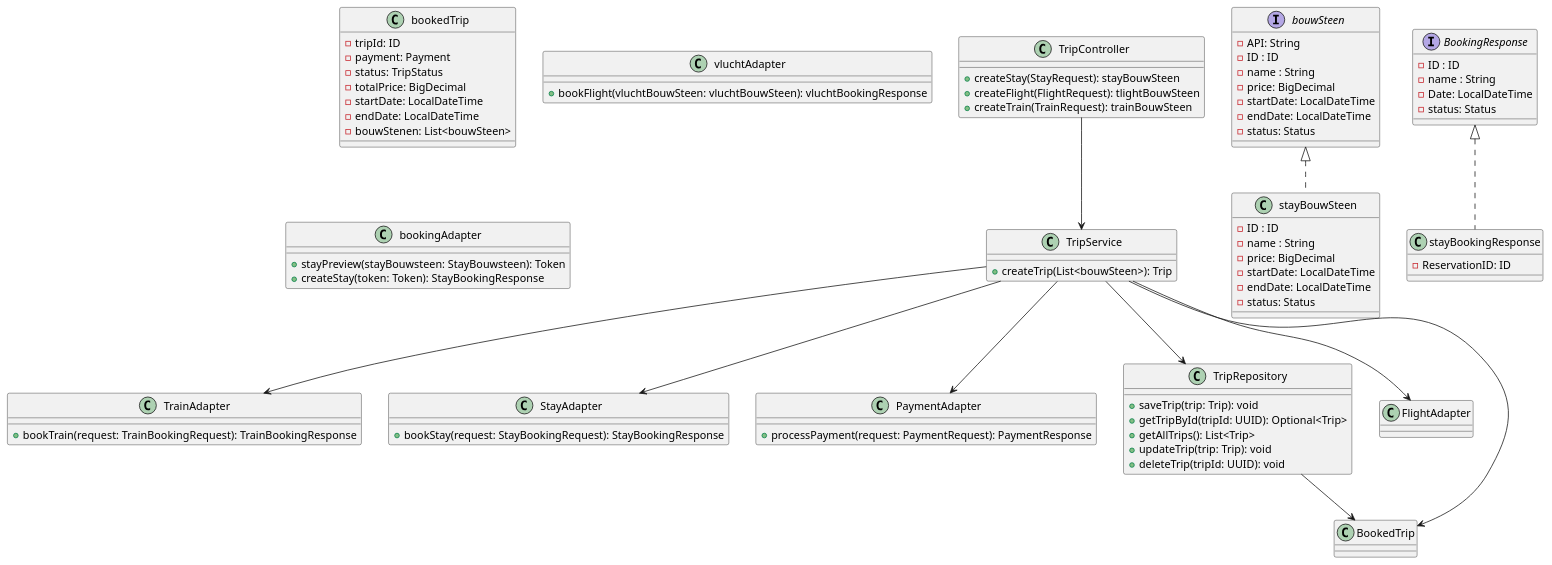
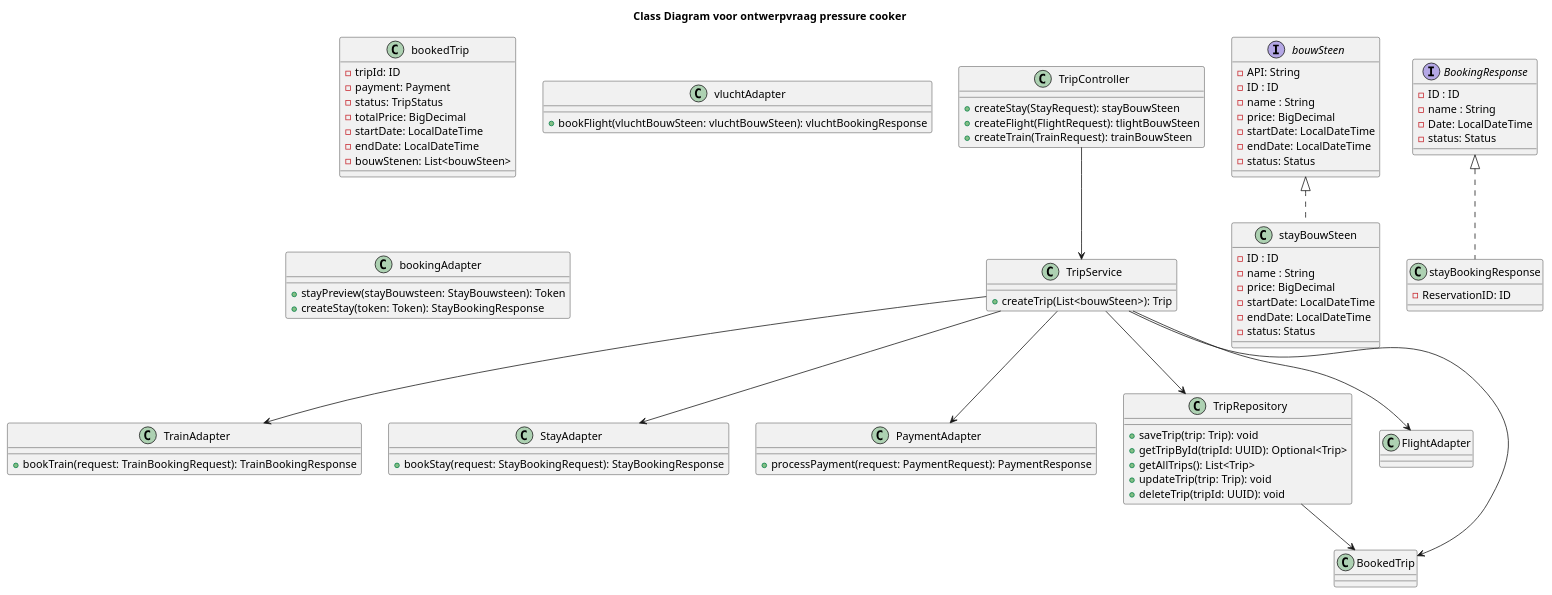
The diagram in Nouri bijdrage/ClassDiagramOnderwerpVraag.puml (AIM-ENE-feb25/triptop-livingin-s-pain-nouri-siebe-boris), drawn with PlantUML before and after one commit. The commit also changed 1 other file, not shown here.

```diff
--- a/Nouri bijdrage/ClassDiagramOnderwerpVraag.puml
+++ b/Nouri bijdrage/ClassDiagramOnderwerpVraag.puml
@@ -1,94 +1,94 @@
 @startuml
-
+title Class Diagram voor ontwerpvraag pressure cooker
 class TripController {
     +createStay(StayRequest): stayBouwSteen
     +createFlight(FlightRequest): tlightBouwSteen
     +createTrain(TrainRequest): trainBouwSteen
 }
 
 class TripService {
     +createTrip(List<bouwSteen>): Trip
 }
 
 class   bookedTrip{
     -tripId: ID
     -payment: Payment
     -status: TripStatus
     -totalPrice: BigDecimal
     -startDate: LocalDateTime
     -endDate: LocalDateTime
     -bouwStenen: List<bouwSteen>
 }
 
 class stayBouwSteen implements bouwSteen {
   -ID : ID
   -name : String
   -price: BigDecimal
   -startDate: LocalDateTime
   -endDate: LocalDateTime
   -status: Status
 }
 
 interface bouwSteen {
   -API: String
   -ID : ID
   -name : String
   -price: BigDecimal
   -startDate: LocalDateTime
   -endDate: LocalDateTime
   -status: Status
 }
 
 interface BookingResponse {
     -ID : ID
     -name : String
     -Date: LocalDateTime
     -status: Status
 }
 
 class stayBookingResponse implements BookingResponse{
    -ReservationID: ID
 }
 
 
 
 class vluchtAdapter {
     +bookFlight(vluchtBouwSteen: vluchtBouwSteen): vluchtBookingResponse
 }
 
 class TrainAdapter {
     +bookTrain(request: TrainBookingRequest): TrainBookingResponse
 }
 
 class StayAdapter {
     +bookStay(request: StayBookingRequest): StayBookingResponse
 }
 
 
 class bookingAdapter {
    +stayPreview(stayBouwsteen: StayBouwsteen): Token
    +createStay(token: Token): StayBookingResponse
 }
 
 class PaymentAdapter {
     +processPayment(request: PaymentRequest): PaymentResponse
 }
 
 class TripRepository {
     +saveTrip(trip: Trip): void
     +getTripById(tripId: UUID): Optional<Trip>
     +getAllTrips(): List<Trip>
     +updateTrip(trip: Trip): void
     +deleteTrip(tripId: UUID): void
 }
 
 TripController --> TripService
 TripService --> FlightAdapter
 TripService --> TrainAdapter
 TripService --> StayAdapter
 TripService --> PaymentAdapter
 TripService --> TripRepository
 TripService --> BookedTrip
 TripRepository --> BookedTrip
 
 @enduml
```
